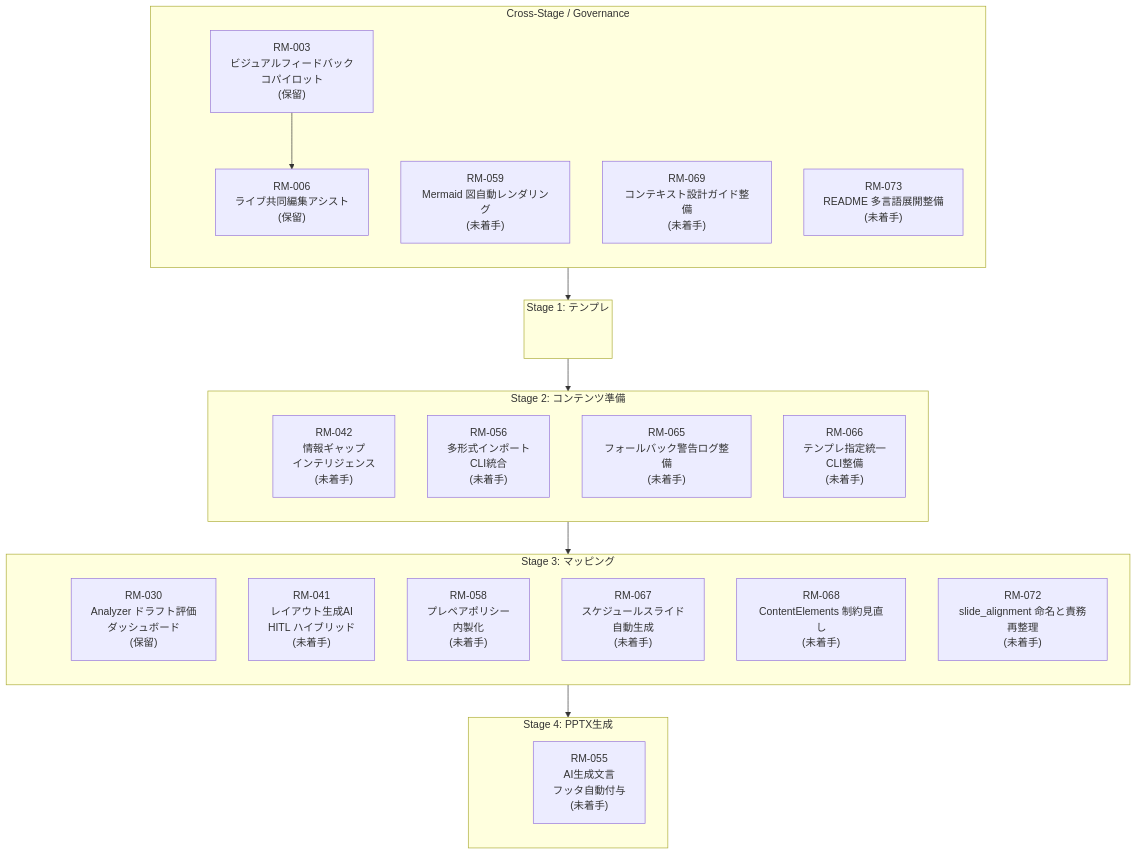
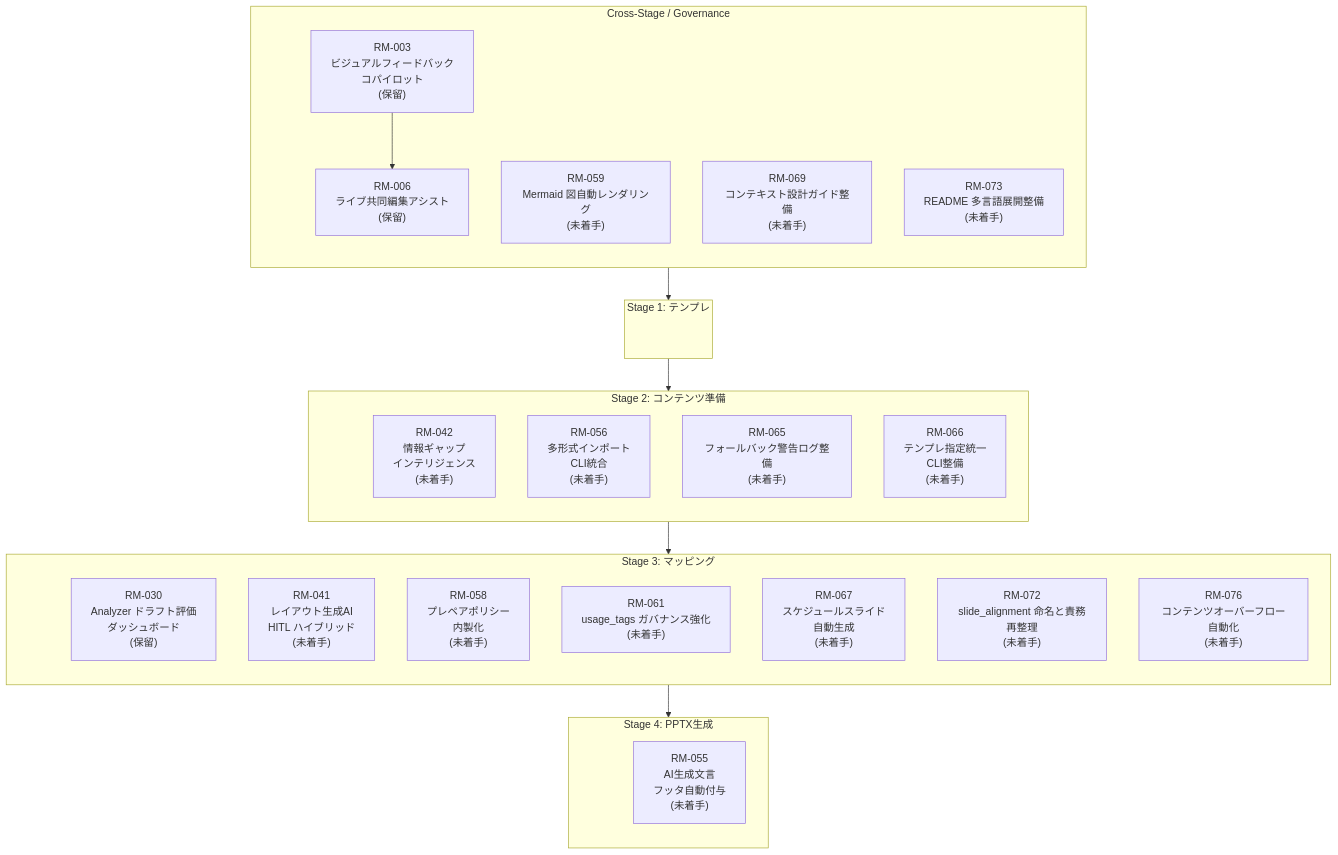
The diagram in docs/roadmap/roadmap.md (yurake/pptx_generator), drawn with Mermaid before and after one commit. The commit also changed other lines of this file and 28 other files, not shown here.

````diff
--- a/docs/roadmap/roadmap.md
+++ b/docs/roadmap/roadmap.md
@@ -25,53 +25,54 @@
 ```mermaid
 flowchart TB
     subgraph GOV["Cross-Stage / Governance"]
         direction TB
         GOV_ANCHOR(( ))
         RM003["RM-003<br/>ビジュアルフィードバック<br/>コパイロット<br/>(保留)"]
         RM006["RM-006<br/>ライブ共同編集アシスト<br/>(保留)"]
         RM059["RM-059<br/>Mermaid 図自動レンダリング<br/>(未着手)"]
         RM069["RM-069<br/>コンテキスト設計ガイド整備<br/>(未着手)"]
         RM073["RM-073<br/>README 多言語展開整備<br/>(未着手)"]
     end
 
     subgraph ST1["Stage 1: テンプレ"]
         direction TB
         ST1_ANCHOR(( ))
     end
 
     subgraph ST2["Stage 2: コンテンツ準備"]
         direction TB
         ST2_ANCHOR(( ))
         RM042["RM-042<br/>情報ギャップ<br/>インテリジェンス<br/>(未着手)"]
         RM056["RM-056<br/>多形式インポート<br/>CLI統合<br/>(未着手)"]
         RM065["RM-065<br/>フォールバック警告ログ整備<br/>(未着手)"]
         RM066["RM-066<br/>テンプレ指定統一<br/>CLI整備<br/>(未着手)"]
     end
 
     subgraph ST3["Stage 3: マッピング"]
         direction TB
         ST3_ANCHOR(( ))
         RM030["RM-030<br/>Analyzer ドラフト評価<br/>ダッシュボード<br/>(保留)"]
         RM041["RM-041<br/>レイアウト生成AI<br/>HITL ハイブリッド<br/>(未着手)"]
         RM058["RM-058<br/>プレペアポリシー<br/>内製化<br/>(未着手)"]
+        RM061["RM-061<br/>usage_tags ガバナンス強化<br/>(未着手)"]
         RM067["RM-067<br/>スケジュールスライド<br/>自動生成<br/>(未着手)"]
-        RM068["RM-068<br/>ContentElements 制約見直し<br/>(未着手)"]
         RM072["RM-072<br/>slide_alignment 命名と責務再整理<br/>(未着手)"]
+        RM076["RM-076<br/>コンテンツオーバーフロー自動化<br/>(未着手)"]
     end
 
     subgraph ST4["Stage 4: PPTX生成"]
         direction TB
         ST4_ANCHOR(( ))
         RM055["RM-055<br/>AI生成文言<br/>フッタ自動付与<br/>(未着手)"]
     end
 
     style GOV_ANCHOR fill:transparent,stroke:transparent
     style ST1_ANCHOR fill:transparent,stroke:transparent
     style ST2_ANCHOR fill:transparent,stroke:transparent
     style ST3_ANCHOR fill:transparent,stroke:transparent
     style ST4_ANCHOR fill:transparent,stroke:transparent
 
     GOV_ANCHOR --> ST1_ANCHOR --> ST2_ANCHOR --> ST3_ANCHOR --> ST4_ANCHOR
 
     RM003 --> RM006
 ```
````
